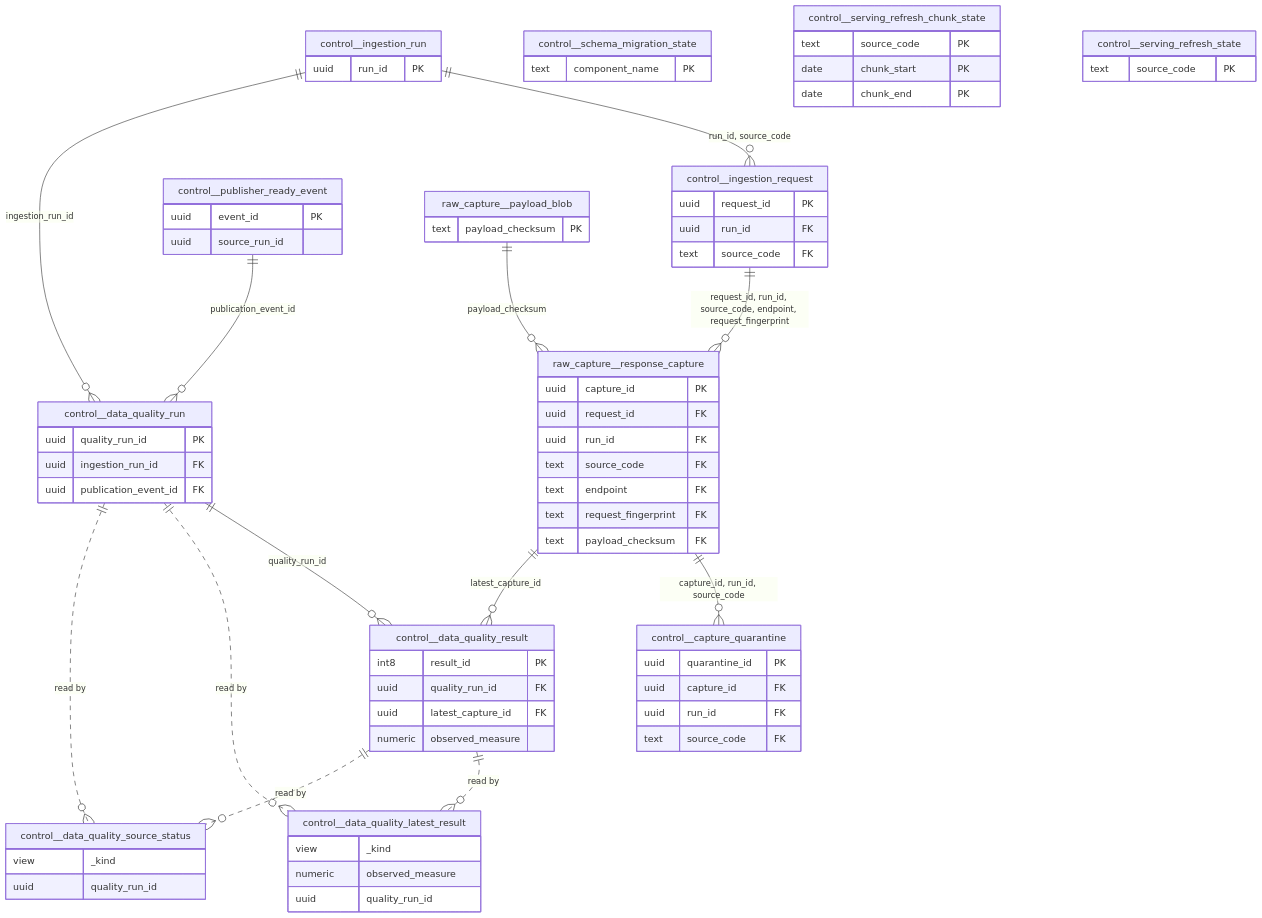
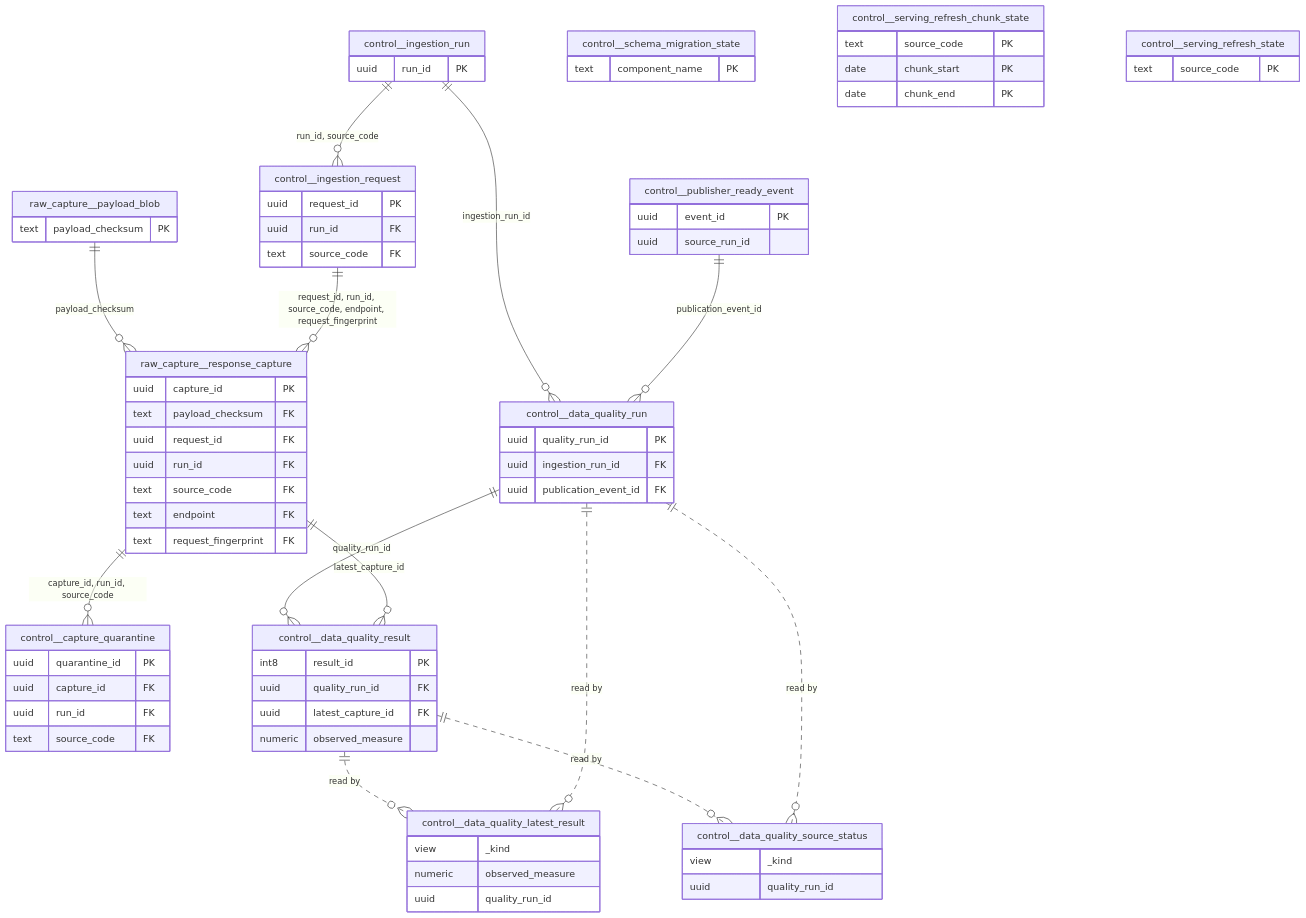
The second of 30 diagrams in docs/warehouse/erd.md (Syncert/population_etl_toolbox), drawn with Mermaid before and after one commit. The commit also changed other lines of this file and 1 other file, not shown here.

First line of the commit message:
docs(warehouse): add November sources to the data sources guide; regenerate the ERD

````diff
--- a/docs/warehouse/erd.md
+++ b/docs/warehouse/erd.md
@@ -37,76 +37,76 @@
 ```mermaid
 erDiagram
     control__capture_quarantine {
         uuid quarantine_id PK
         uuid capture_id FK
         uuid run_id FK
         text source_code FK
     }
     control__data_quality_latest_result {
         view _kind
         numeric observed_measure
         uuid quality_run_id
     }
     control__data_quality_result {
         int8 result_id PK
         uuid quality_run_id FK
         uuid latest_capture_id FK
         numeric observed_measure
     }
     control__data_quality_run {
         uuid quality_run_id PK
         uuid ingestion_run_id FK
         uuid publication_event_id FK
     }
     control__data_quality_source_status {
         view _kind
         uuid quality_run_id
     }
     control__ingestion_request {
         uuid request_id PK
         uuid run_id FK
         text source_code FK
     }
     control__ingestion_run {
         uuid run_id PK
     }
     control__publisher_ready_event {
         uuid event_id PK
         uuid source_run_id
     }
     control__schema_migration_state {
         text component_name PK
     }
     control__serving_refresh_chunk_state {
         text source_code PK
         date chunk_start PK
         date chunk_end PK
     }
     control__serving_refresh_state {
         text source_code PK
     }
     raw_capture__payload_blob {
         text payload_checksum PK
     }
     raw_capture__response_capture {
         uuid capture_id PK
+        text payload_checksum FK
         uuid request_id FK
         uuid run_id FK
         text source_code FK
         text endpoint FK
         text request_fingerprint FK
-        text payload_checksum FK
     }
+    raw_capture__response_capture ||--o{ control__capture_quarantine : "capture_id, run_id, source_code"
+    control__data_quality_result ||..o{ control__data_quality_latest_result : "read by"
+    control__data_quality_run ||..o{ control__data_quality_latest_result : "read by"
+    control__data_quality_run ||--o{ control__data_quality_result : "quality_run_id"
+    raw_capture__response_capture ||--o{ control__data_quality_result : "latest_capture_id"
+    control__ingestion_run ||--o{ control__data_quality_run : "ingestion_run_id"
+    control__publisher_ready_event ||--o{ control__data_quality_run : "publication_event_id"
+    control__data_quality_result ||..o{ control__data_quality_source_status : "read by"
+    control__data_quality_run ||..o{ control__data_quality_source_status : "read by"
+    control__ingestion_run ||--o{ control__ingestion_request : "run_id, source_code"
     raw_capture__payload_blob ||--o{ raw_capture__response_capture : "payload_checksum"
     control__ingestion_request ||--o{ raw_capture__response_capture : "request_id, run_id, source_code, endpoint, request_fingerprint"
-    control__ingestion_run ||--o{ control__ingestion_request : "run_id, source_code"
-    raw_capture__response_capture ||--o{ control__capture_quarantine : "capture_id, run_id, source_code"
-    control__ingestion_run ||--o{ control__data_quality_run : "ingestion_run_id"
-    control__publisher_ready_event ||--o{ control__data_quality_run : "publication_event_id"
-    control__data_quality_run ||--o{ control__data_quality_result : "quality_run_id"
-    raw_capture__response_capture ||--o{ control__data_quality_result : "latest_capture_id"
-    control__data_quality_result ||..o{ control__data_quality_latest_result : "read by"
-    control__data_quality_run ||..o{ control__data_quality_latest_result : "read by"
-    control__data_quality_result ||..o{ control__data_quality_source_status : "read by"
-    control__data_quality_run ||..o{ control__data_quality_source_status : "read by"
 ```
````
